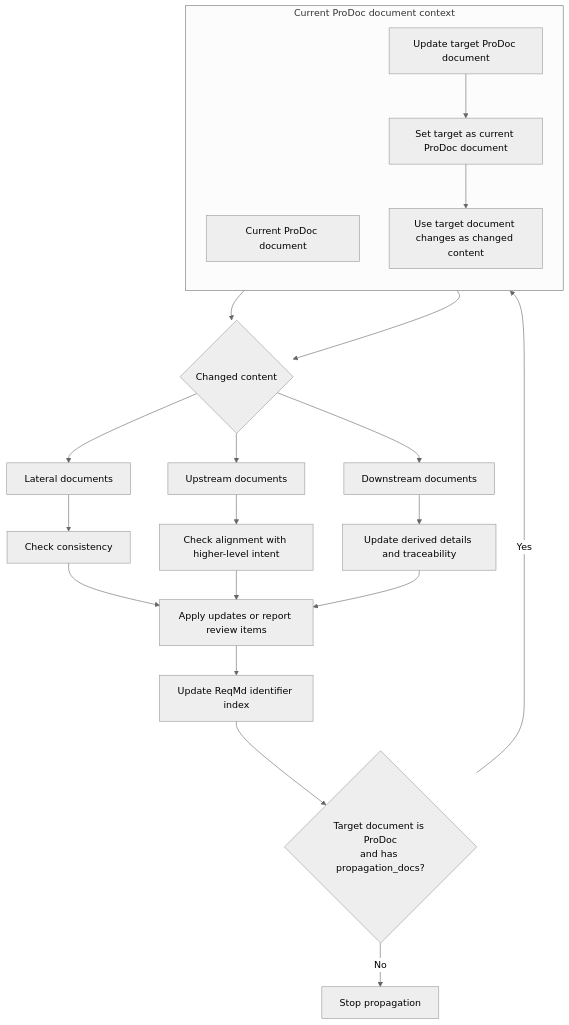
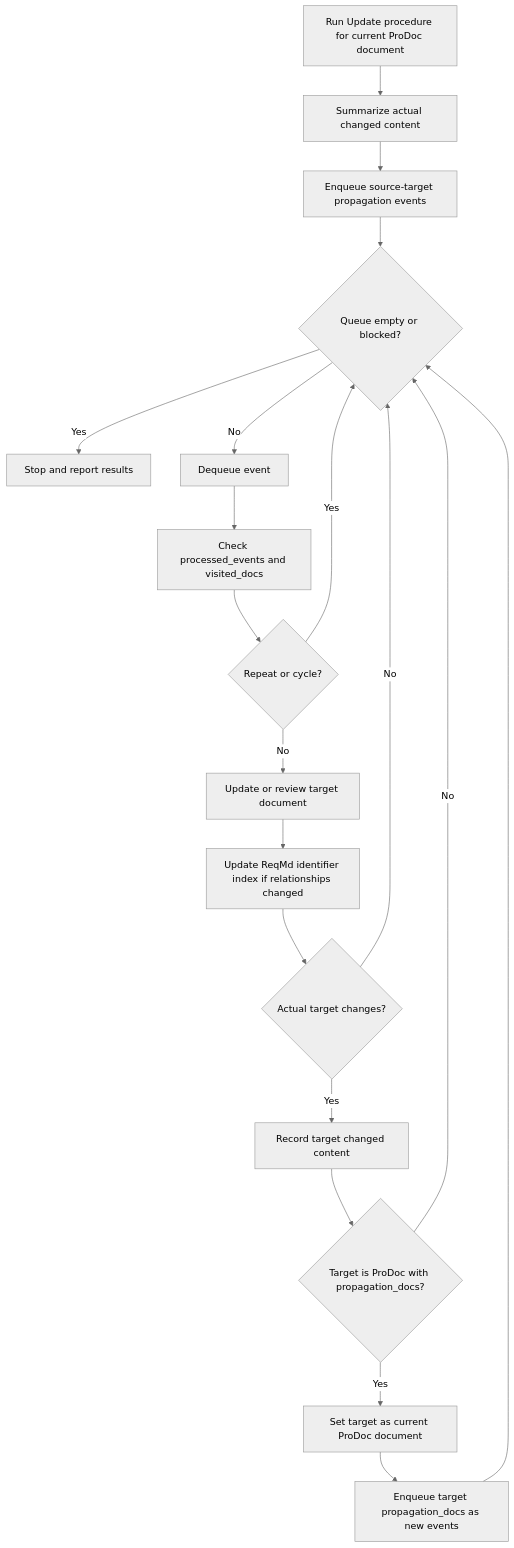
One commit to wizest/reqmd changed the diagram in reqmd/programmable_documentation.md. Above: the diagram before and after it, drawn with Mermaid (neutral theme). The commit also changed other lines of this file, not shown here.

Commit message:
Clarify ProDoc update and propagation workflow

````diff
--- a/reqmd/programmable_documentation.md
+++ b/reqmd/programmable_documentation.md
@@ -200,32 +242,21 @@
 ```mermaid
 flowchart TD
-    subgraph CurrentContext[Current ProDoc document context]
-        direction TB
-        A[Current ProDoc document]
-        H[Update target ProDoc document]
-        J[Set target as current ProDoc document]
-        K[Use target document changes as changed content]
-    end
-
-    A --> B{Changed content}
-    B --> C[Lateral documents]
-    B --> D[Upstream documents]
-    B --> E[Downstream documents]
-
-    C --> C1[Check consistency]
-    D --> D1[Check alignment with higher-level intent]
-    E --> E1[Update derived details and traceability]
-
-    C1 --> F[Apply updates or report review items]
-    D1 --> F
-    E1 --> F
-
-    F --> X[Update ReqMd identifier index]
-
-    X --> G{Target document is ProDoc<br/>and has propagation_docs?}
-    G -->|Yes| H[Update target ProDoc document]
-    H --> J[Set target as current ProDoc document]
-    J --> K[Use target document changes as changed content]
-    K --> B
-    G -->|No| I[Stop propagation]
+    A[Run Update procedure for current ProDoc document] --> B[Summarize actual changed content]
+    B --> C[Enqueue source-target propagation events]
+    C --> D{Queue empty or blocked?}
+    D -->|Yes| Z[Stop and report results]
+    D -->|No| E[Dequeue event]
+    E --> F[Check processed_events and visited_docs]
+    F --> G{Repeat or cycle?}
+    G -->|Yes| D
+    G -->|No| H[Update or review target document]
+    H --> I[Update ReqMd identifier index if relationships changed]
+    I --> J{Actual target changes?}
+    J -->|No| D
+    J -->|Yes| K[Record target changed content]
+    K --> L{Target is ProDoc with propagation_docs?}
+    L -->|No| D
+    L -->|Yes| M[Set target as current ProDoc document]
+    M --> N[Enqueue target propagation_docs as new events]
+    N --> D
 ```
````
